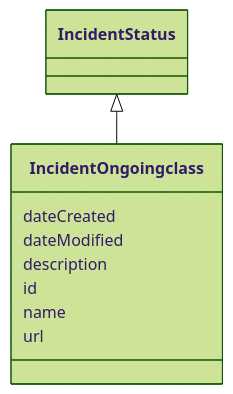
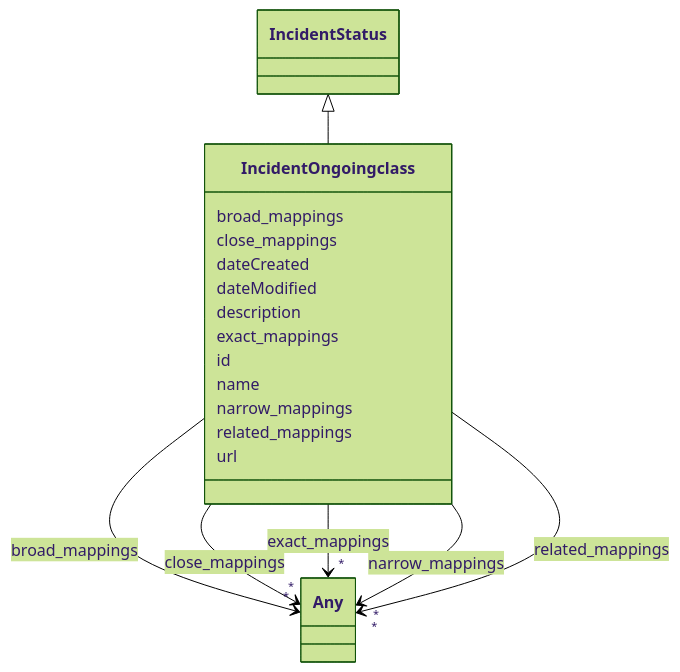
The diagram in docs/ontology/IncidentOngoingclass.md (ingelise/risk-atlas-nexus), drawn with Mermaid (forest theme) before and after one commit. The commit also changed other lines of this file and 180 other files, not shown here.

````diff
--- a/docs/ontology/IncidentOngoingclass.md
+++ b/docs/ontology/IncidentOngoingclass.md
@@ -13,21 +13,76 @@
 ```mermaid
  classDiagram
     class IncidentOngoingclass
     click IncidentOngoingclass href "../IncidentOngoingclass/"
       IncidentStatus <|-- IncidentOngoingclass
         click IncidentStatus href "../IncidentStatus/"
 
+      IncidentOngoingclass : broad_mappings
+
+
+
+
+
+        IncidentOngoingclass --> "*" Any : broad_mappings
+        click Any href "../Any/"
+
+
+
+      IncidentOngoingclass : close_mappings
+
+
+
+
+
+        IncidentOngoingclass --> "*" Any : close_mappings
+        click Any href "../Any/"
+
+
+
       IncidentOngoingclass : dateCreated
 
       IncidentOngoingclass : dateModified
 
       IncidentOngoingclass : description
 
+      IncidentOngoingclass : exact_mappings
+
+
+
+
+
+        IncidentOngoingclass --> "*" Any : exact_mappings
+        click Any href "../Any/"
+
+
+
       IncidentOngoingclass : id
 
       IncidentOngoingclass : name
+
+      IncidentOngoingclass : narrow_mappings
+
+
+
+
+
+        IncidentOngoingclass --> "*" Any : narrow_mappings
+        click Any href "../Any/"
+
+
+
+      IncidentOngoingclass : related_mappings
+
+
+
+
+
+        IncidentOngoingclass --> "*" Any : related_mappings
+        click Any href "../Any/"
+
+
 
       IncidentOngoingclass : url
 
 
 ```
````
